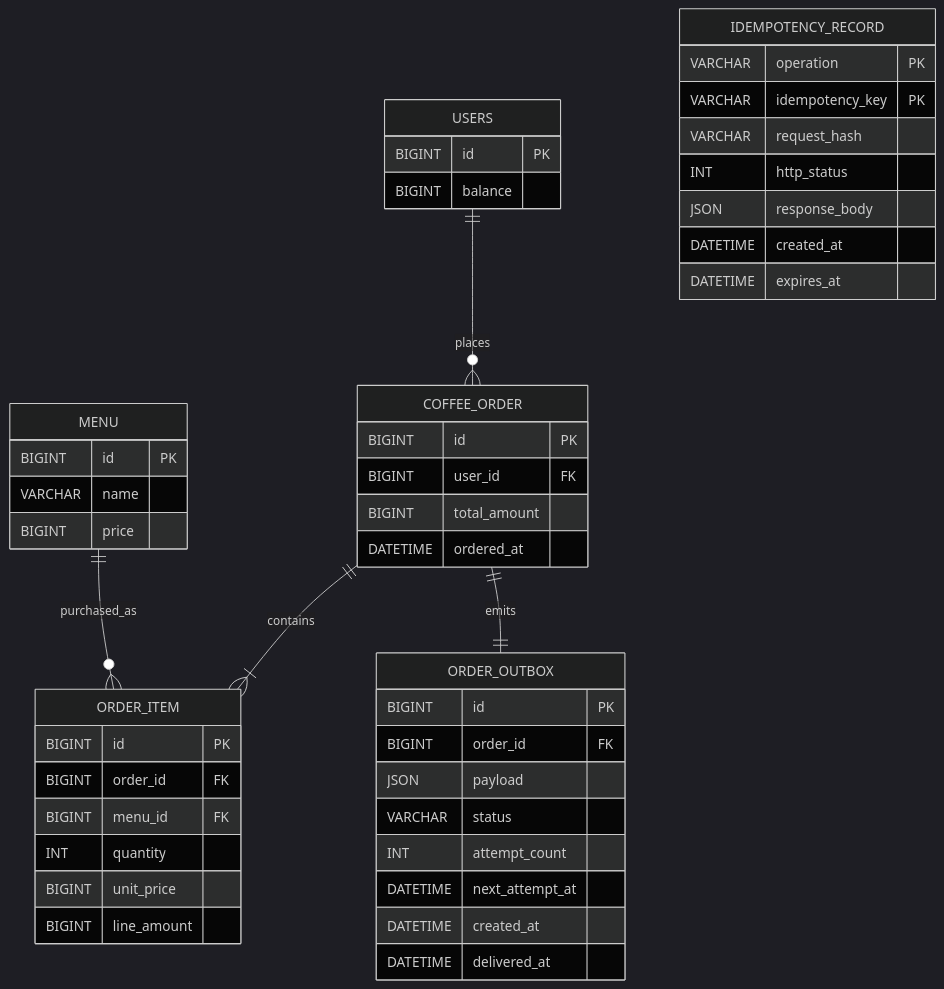
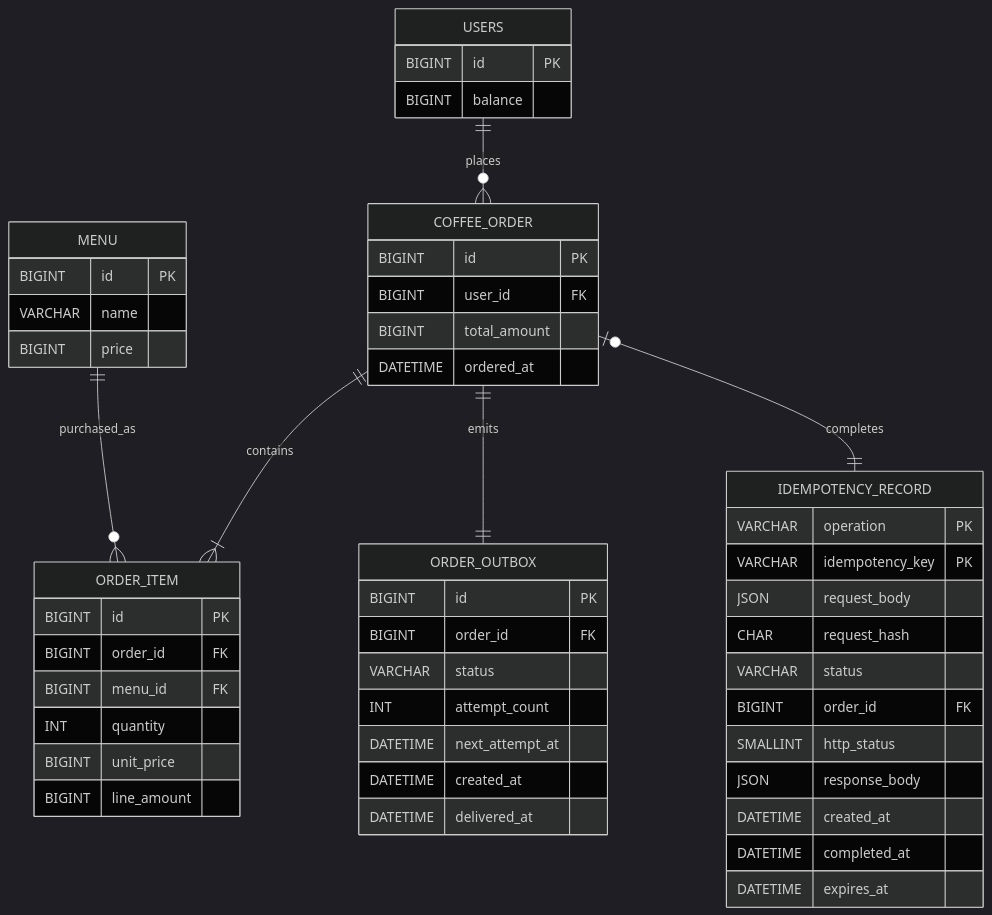
The first of 2 diagrams in docs/ERD.md (Astro-Luminoso/nbc-coffee-order-system), drawn with Mermaid (dark theme) before and after one commit. The commit also changed other lines of this file and 3 other files, not shown here.

Commit message:
docs: align order idempotency and delivery contracts

````diff
--- a/docs/ERD.md
+++ b/docs/ERD.md
@@ -11,55 +11,59 @@
 ```mermaid
 erDiagram
     USERS {
         BIGINT id PK
         BIGINT balance
     }
 
     MENU {
         BIGINT id PK
         VARCHAR name
         BIGINT price
     }
 
     COFFEE_ORDER {
         BIGINT id PK
         BIGINT user_id FK
         BIGINT total_amount
         DATETIME ordered_at
     }
 
     ORDER_ITEM {
         BIGINT id PK
         BIGINT order_id FK
         BIGINT menu_id FK
         INT quantity
         BIGINT unit_price
         BIGINT line_amount
     }
 
     ORDER_OUTBOX {
         BIGINT id PK
         BIGINT order_id FK
-        JSON payload
         VARCHAR status
         INT attempt_count
         DATETIME next_attempt_at
         DATETIME created_at
         DATETIME delivered_at
     }
 
     IDEMPOTENCY_RECORD {
         VARCHAR operation PK
         VARCHAR idempotency_key PK
-        VARCHAR request_hash
-        INT http_status
+        JSON request_body
+        CHAR request_hash
+        VARCHAR status
+        BIGINT order_id FK
+        SMALLINT http_status
         JSON response_body
         DATETIME created_at
+        DATETIME completed_at
         DATETIME expires_at
     }
 
     USERS ||--o{ COFFEE_ORDER : places
     COFFEE_ORDER ||--|{ ORDER_ITEM : contains
     COFFEE_ORDER ||--|| ORDER_OUTBOX : emits
+    COFFEE_ORDER o|--|| IDEMPOTENCY_RECORD : completes
     MENU ||--o{ ORDER_ITEM : purchased_as
 ```
````
